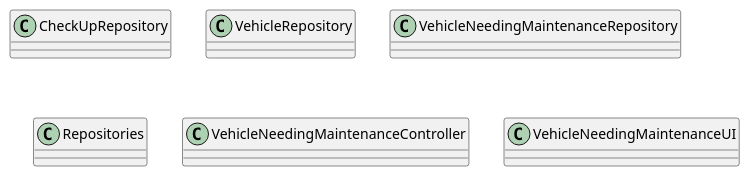
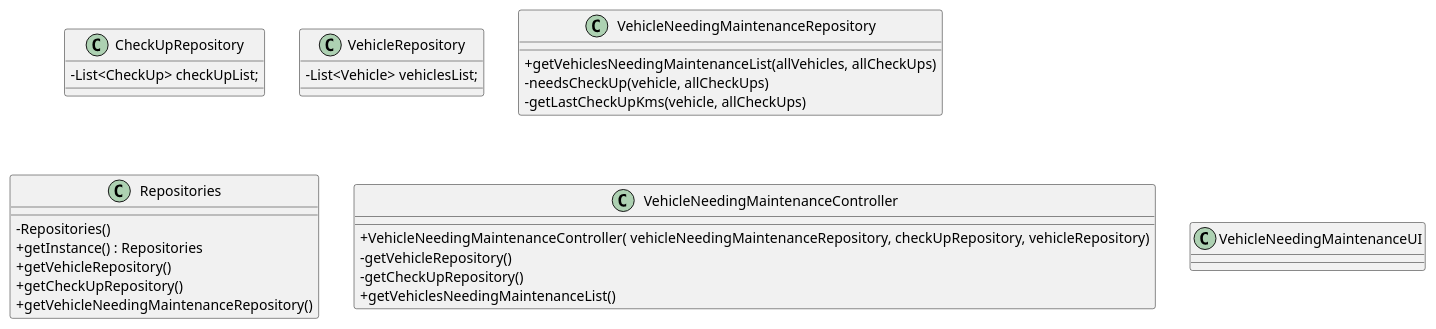
The diagram in docs/sprintA&B/us008/03.design/puml/us008-class-diagram.puml (daniel41silva05/ISEP_2023_2024_LAPR2), drawn with PlantUML before and after one commit.

Commit message:
US008 - complete the classes

```diff
--- a/docs/sprintA&B/us008/03.design/puml/us008-class-diagram.puml
+++ b/docs/sprintA&B/us008/03.design/puml/us008-class-diagram.puml
@@ -1,36 +1,46 @@
 @startuml
 'skinparam monochrome true
 skinparam packageStyle rectangle
 skinparam shadowing false
 skinparam linetype polyline
 'skinparam linetype orto
 
 skinparam classAttributeIconSize 0
 
 'left to right direction
 
 class CheckUpRepository{
-
+    -List<CheckUp> checkUpList;
 }
 
 class VehicleRepository{
-
+    -List<Vehicle> vehiclesList;
 }
 
 class VehicleNeedingMaintenanceRepository{
-
+    + getVehiclesNeedingMaintenanceList(allVehicles, allCheckUps)
+    - needsCheckUp(vehicle, allCheckUps)
+    - getLastCheckUpKms(vehicle, allCheckUps)
 }
 
 class Repositories{
-
+    - Repositories()
+    + getInstance() : Repositories
+    + getVehicleRepository()
+    + getCheckUpRepository()
+    + getVehicleNeedingMaintenanceRepository()
 }
 
 class VehicleNeedingMaintenanceController{
-
+     +VehicleNeedingMaintenanceController( vehicleNeedingMaintenanceRepository, checkUpRepository, vehicleRepository)
+    -getVehicleRepository()
+    -getCheckUpRepository()
+    +getVehiclesNeedingMaintenanceList()
 }
 
 class VehicleNeedingMaintenanceUI{
-
 }
 
+
+
 @enduml
```
